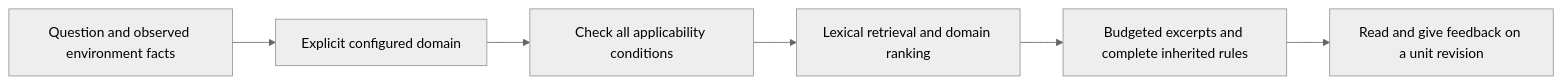
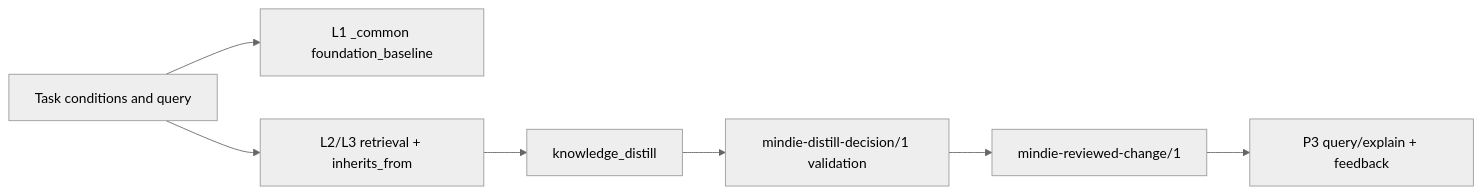
Before and after one commit to grandolantow/mindie-agent: the diagram in docs/knowledge-system.en.md, drawn with Mermaid (neutral theme). The commit also changed other lines of this file and 1 other file, not shown here.

Commit message:
docs: wire L1/L2 foundation baseline, L3 Hermes workflow, and L4 RSI loop into 0.0.3 architecture

````diff
--- a/docs/knowledge-system.en.md
+++ b/docs/knowledge-system.en.md
@@ -35,8 +84,9 @@
 ```mermaid
 flowchart LR
-    Q["Question and observed environment facts"] --> D["Explicit configured domain"]
-    D --> C["Check all applicability conditions"]
-    C --> R["Lexical retrieval and domain ranking"]
-    R --> B["Budgeted excerpts and complete inherited rules"]
-    B --> E["Read and give feedback on a unit revision"]
+    Q["Task conditions and query"] --> F["L1 _common foundation_baseline"]
+    Q --> R["L2/L3 retrieval + inherits_from"]
+    R --> H["knowledge_distill"]
+    H --> V["mindie-distill-decision/1 validation"]
+    V --> C["mindie-reviewed-change/1"]
+    C --> P3["P3 query/explain + feedback"]
 ```
````
